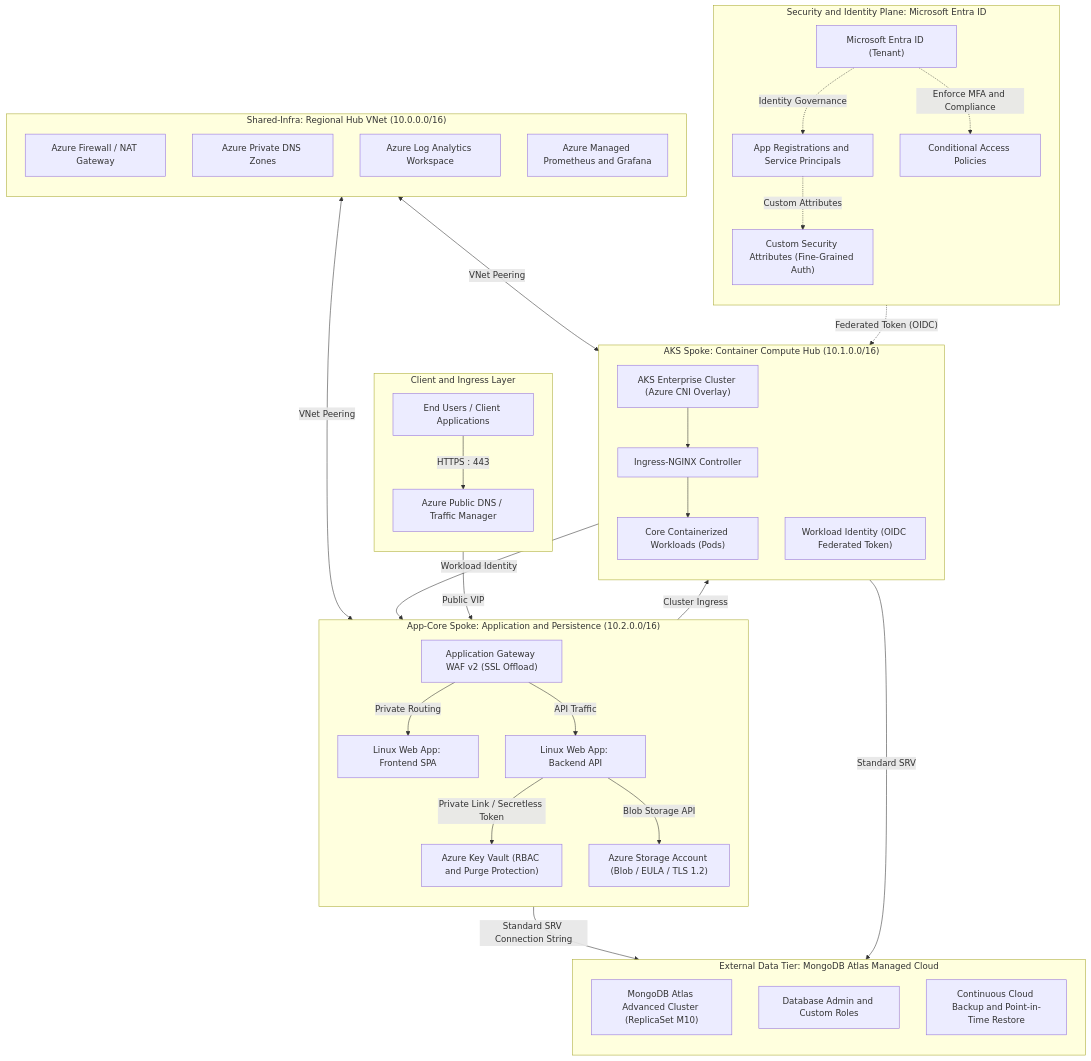
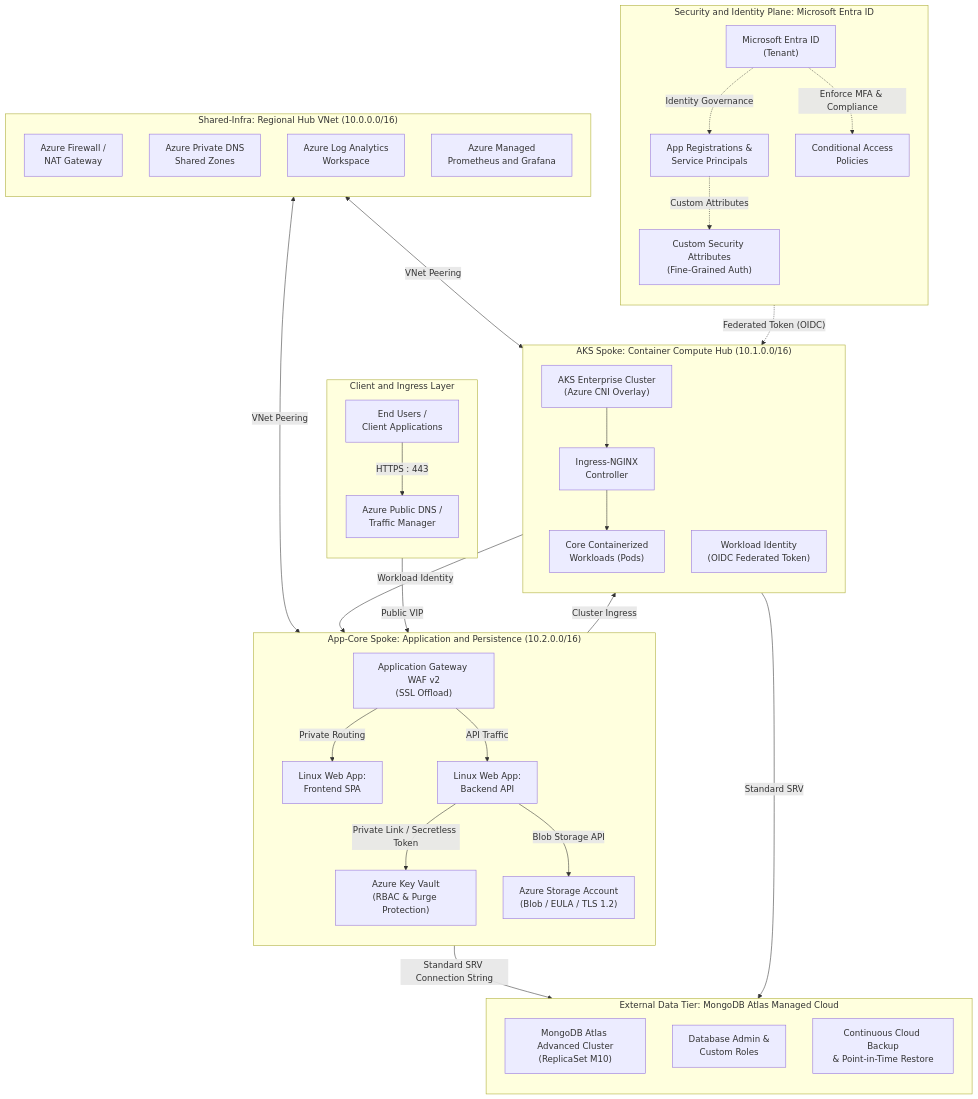
Before and after one commit to nubenetes/terraform-azure-devops-agentic: the second of 6 diagrams in README.md, drawn with Mermaid. The commit also changed other lines of this file, not shown here.

Commit message:
docs: resolve text clipping and word cutoffs across all README mermaid diagrams

````diff
--- a/README.md
+++ b/README.md
@@ -254,61 +254,61 @@
 ```mermaid
 flowchart TB
     subgraph Users ["Client and Ingress Layer"]
         direction TB
-        User["End Users / Client Applications"]
-        DNS["Azure Public DNS / Traffic Manager"]
+        User["End Users /<br/>Client Applications"]
+        DNS["Azure Public DNS /<br/>Traffic Manager"]
         User -->|HTTPS : 443| DNS
     end
     subgraph Hub_VNet ["Shared-Infra: Regional Hub VNet (10.0.0.0/16)"]
         direction TB
-        FW["Azure Firewall / NAT Gateway"]
-        PrivDNS["Azure Private DNS Zones"]
-        LogAnalytics["Azure Log Analytics Workspace"]
-        Prometheus["Azure Managed Prometheus and Grafana"]
+        FW["Azure Firewall /<br/>NAT Gateway"]
+        PrivDNS["Azure Private DNS<br/>Shared Zones"]
+        LogAnalytics["Azure Log Analytics<br/>Workspace"]
+        Prometheus["Azure Managed<br/>Prometheus and Grafana"]
     end
     subgraph Spoke_AKS ["AKS Spoke: Container Compute Hub (10.1.0.0/16)"]
         direction TB
-        AKS_Cluster["AKS Enterprise Cluster (Azure CNI Overlay)"]
-        Ingress_Nginx["Ingress-NGINX Controller"]
-        Microservices["Core Containerized Workloads (Pods)"]
-        AKS_Identity["Workload Identity (OIDC Federated Token)"]
+        AKS_Cluster["AKS Enterprise Cluster<br/>(Azure CNI Overlay)"]
+        Ingress_Nginx["Ingress-NGINX<br/>Controller"]
+        Microservices["Core Containerized<br/>Workloads (Pods)"]
+        AKS_Identity["Workload Identity<br/>(OIDC Federated Token)"]
         AKS_Cluster --> Ingress_Nginx
         Ingress_Nginx --> Microservices
     end
     subgraph Spoke_AppCore ["App-Core Spoke: Application and Persistence (10.2.0.0/16)"]
         direction TB
-        AppGW["Application Gateway WAF v2 (SSL Offload)"]
-        Front_SPA["Linux Web App: Frontend SPA"]
-        Back_API["Linux Web App: Backend API"]
-        Blob_Storage["Azure Storage Account (Blob / EULA / TLS 1.2)"]
-        KeyVault["Azure Key Vault (RBAC and Purge Protection)"]
+        AppGW["Application Gateway WAF v2<br/>(SSL Offload)"]
+        Front_SPA["Linux Web App:<br/>Frontend SPA"]
+        Back_API["Linux Web App:<br/>Backend API"]
+        Blob_Storage["Azure Storage Account<br/>(Blob / EULA / TLS 1.2)"]
+        KeyVault["Azure Key Vault<br/>(RBAC & Purge Protection)"]
         AppGW -->|Private Routing| Front_SPA
         AppGW -->|API Traffic| Back_API
         Back_API -->|Private Link / Secretless Token| KeyVault
         Back_API -->|Blob Storage API| Blob_Storage
     end
     subgraph MongoDB_Cloud ["External Data Tier: MongoDB Atlas Managed Cloud"]
         direction TB
-        Atlas_Cluster["MongoDB Atlas Advanced Cluster (ReplicaSet M10)"]
-        Atlas_Admin["Database Admin and Custom Roles"]
-        Atlas_Backup["Continuous Cloud Backup and Point-in-Time Restore"]
+        Atlas_Cluster["MongoDB Atlas Advanced Cluster<br/>(ReplicaSet M10)"]
+        Atlas_Admin["Database Admin &<br/>Custom Roles"]
+        Atlas_Backup["Continuous Cloud Backup<br/>& Point-in-Time Restore"]
     end
     subgraph Identity_Tier ["Security and Identity Plane: Microsoft Entra ID"]
         direction TB
-        Entra_ID["Microsoft Entra ID (Tenant)"]
-        App_Registrations["App Registrations and Service Principals"]
-        Custom_Security_Attr["Custom Security Attributes (Fine-Grained Auth)"]
-        CAP["Conditional Access Policies"]
+        Entra_ID["Microsoft Entra ID<br/>(Tenant)"]
+        App_Registrations["App Registrations &<br/>Service Principals"]
+        Custom_Security_Attr["Custom Security Attributes<br/>(Fine-Grained Auth)"]
+        CAP["Conditional Access<br/>Policies"]
         Entra_ID -.->|Identity Governance| App_Registrations
-        Entra_ID -.->|Enforce MFA and Compliance| CAP
+        Entra_ID -.->|Enforce MFA & Compliance| CAP
         App_Registrations -.->|Custom Attributes| Custom_Security_Attr
     end
     DNS -->|Public VIP| AppGW
     AppGW -->|Cluster Ingress| Ingress_Nginx
     Hub_VNet <-->|VNet Peering| Spoke_AKS
     Hub_VNet <-->|VNet Peering| Spoke_AppCore
     Back_API -->|Standard SRV Connection String| Atlas_Cluster
     Microservices -->|Workload Identity| KeyVault
     Microservices -->|Standard SRV| Atlas_Cluster
     Entra_ID -.->|"Federated Token (OIDC)"| AKS_Identity
 ```
````
